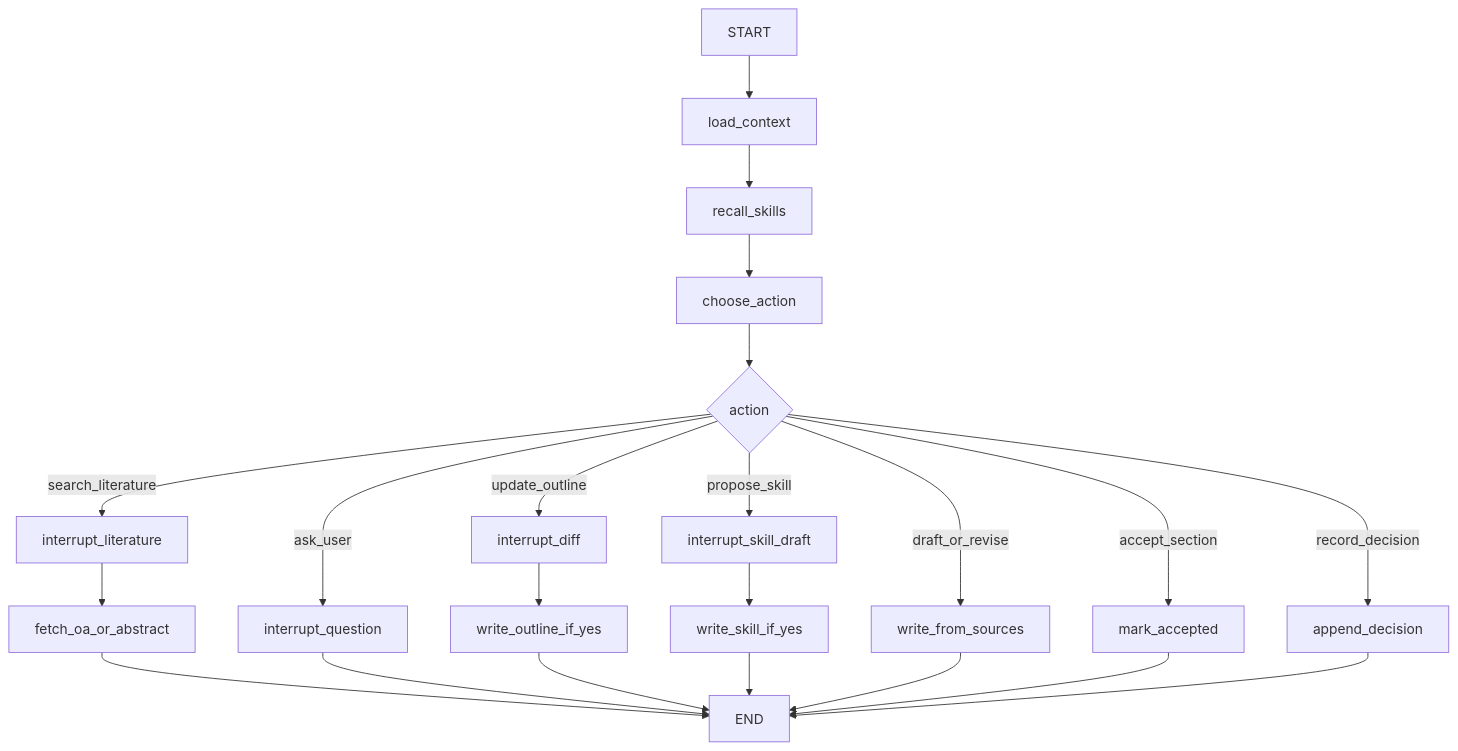
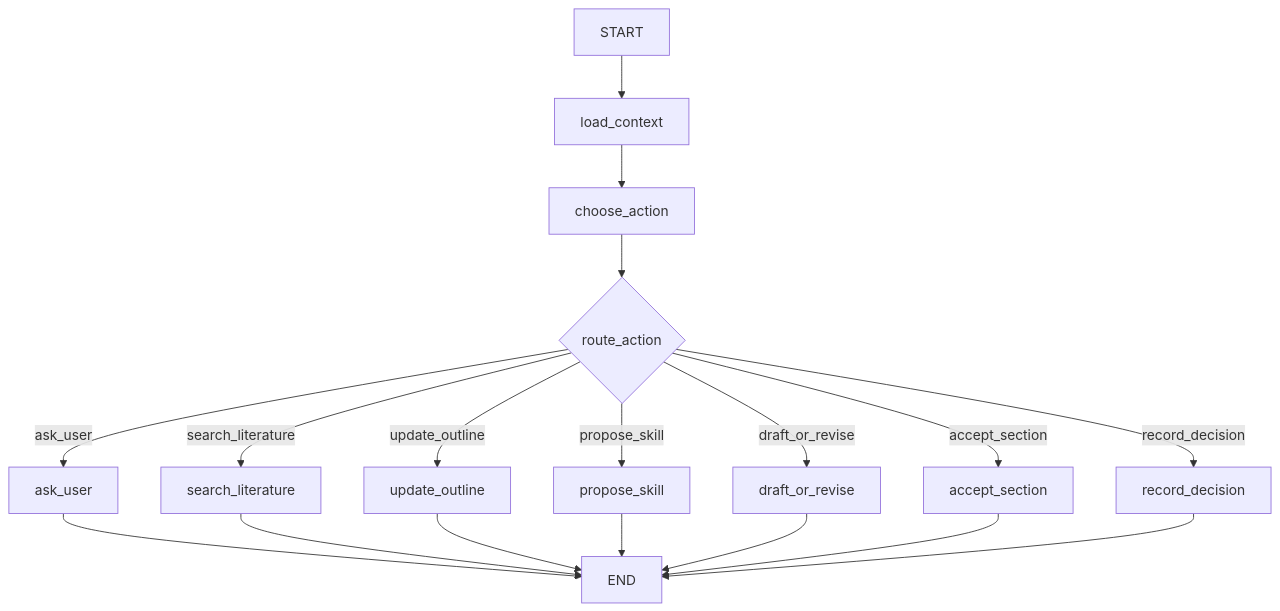
One commit to Keamille/DeepDocument-Agent changed the diagram in docs/architecture.md. Above: the diagram before and after it, drawn with Mermaid. The commit also changed other lines of this file and 23 other files, not shown here.

````diff
--- a/docs/architecture.md
+++ b/docs/architecture.md
@@ -80,24 +82,20 @@
 ```mermaid
 flowchart TD
   startNode[START] --> loadCtx[load_context]
-  loadCtx --> recall[recall_skills]
-  recall --> choose[choose_action]
-  choose --> route{action}
-  route -->|ask_user| askInt[interrupt_question]
-  route -->|update_outline| outlineInt[interrupt_diff]
-  route -->|search_literature| litInt[interrupt_literature]
-  route -->|propose_skill| skillInt[interrupt_skill_draft]
-  route -->|draft_or_revise| writeSec[write_from_sources]
-  route -->|accept_section| acceptSec[mark_accepted]
-  route -->|record_decision| writeDec[append_decision]
-  outlineInt --> applyOutline[write_outline_if_yes]
-  litInt --> fetchText[fetch_oa_or_abstract]
-  skillInt --> applySkill[write_skill_if_yes]
-  fetchText --> endNode[END]
-  askInt --> endNode
-  applyOutline --> endNode
-  applySkill --> endNode
-  writeSec --> endNode
-  acceptSec --> endNode
-  writeDec --> endNode
+  loadCtx --> choose[choose_action]
+  choose --> route{route_action}
+  route -->|ask_user| askN[ask_user]
+  route -->|search_literature| litN[search_literature]
+  route -->|update_outline| outlineN[update_outline]
+  route -->|propose_skill| skillN[propose_skill]
+  route -->|draft_or_revise| writeN[draft_or_revise]
+  route -->|accept_section| acceptN[accept_section]
+  route -->|record_decision| decideN[record_decision]
+  askN --> endNode[END]
+  litN --> endNode
+  outlineN --> endNode
+  skillN --> endNode
+  writeN --> endNode
+  acceptN --> endNode
+  decideN --> endNode
 ```
````
